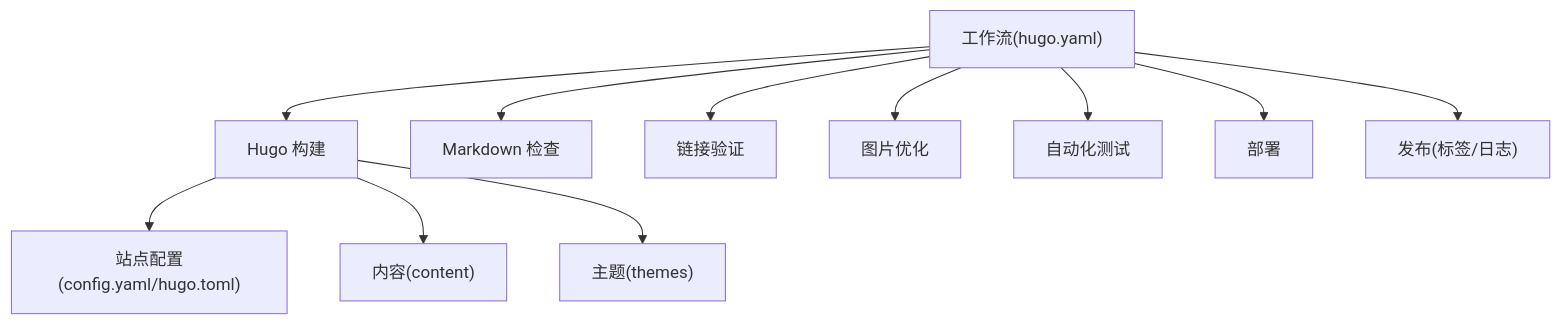
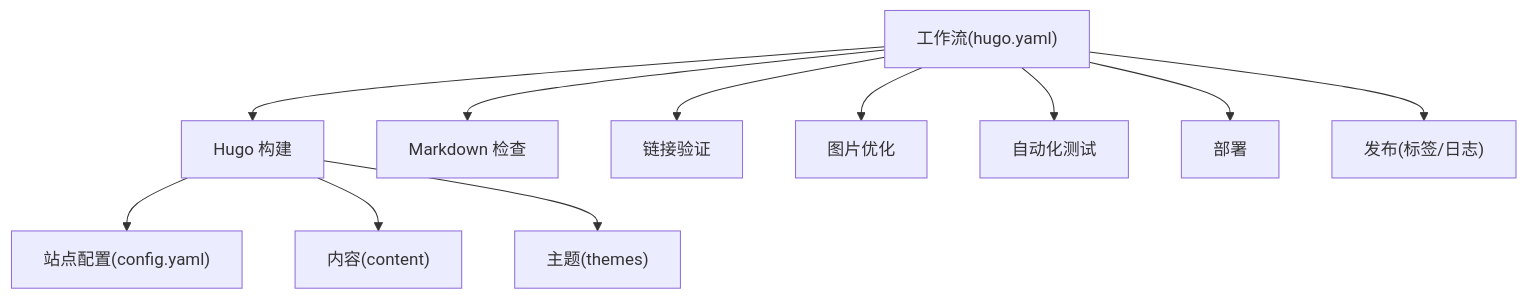
The third of 3 diagrams in .qoder/repowiki/zh/content/部署与维护/CI_CD流水线.md (nianjiang/nianjiang.github.io), drawn with Mermaid before and after one commit. The commit also changed other lines of this file and 21 other files, not shown here.

````diff
--- a/.qoder/repowiki/zh/content/部署与维护/CI_CD流水线.md
+++ b/.qoder/repowiki/zh/content/部署与维护/CI_CD流水线.md
@@ -198,13 +220,13 @@
 ```mermaid
 graph TB
 WF["工作流(hugo.yaml)"] --> HUGO["Hugo 构建"]
 WF --> LINT["Markdown 检查"]
 WF --> LINK["链接验证"]
 WF --> IMG["图片优化"]
 WF --> TEST["自动化测试"]
 WF --> DEPLOY["部署"]
 WF --> RELEASE["发布(标签/日志)"]
-HUGO --> CFG["站点配置(config.yaml/hugo.toml)"]
+HUGO --> CFG["站点配置(config.yaml)"]
 HUGO --> CNT["内容(content)"]
 HUGO --> THM["主题(themes)"]
 ```
````
